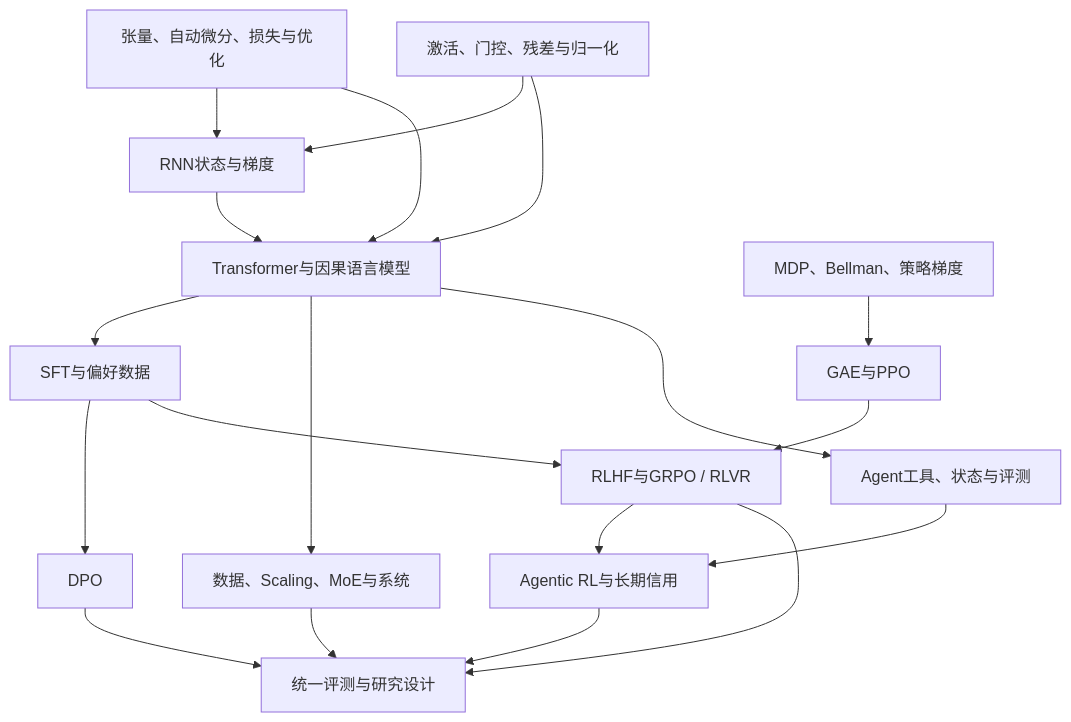
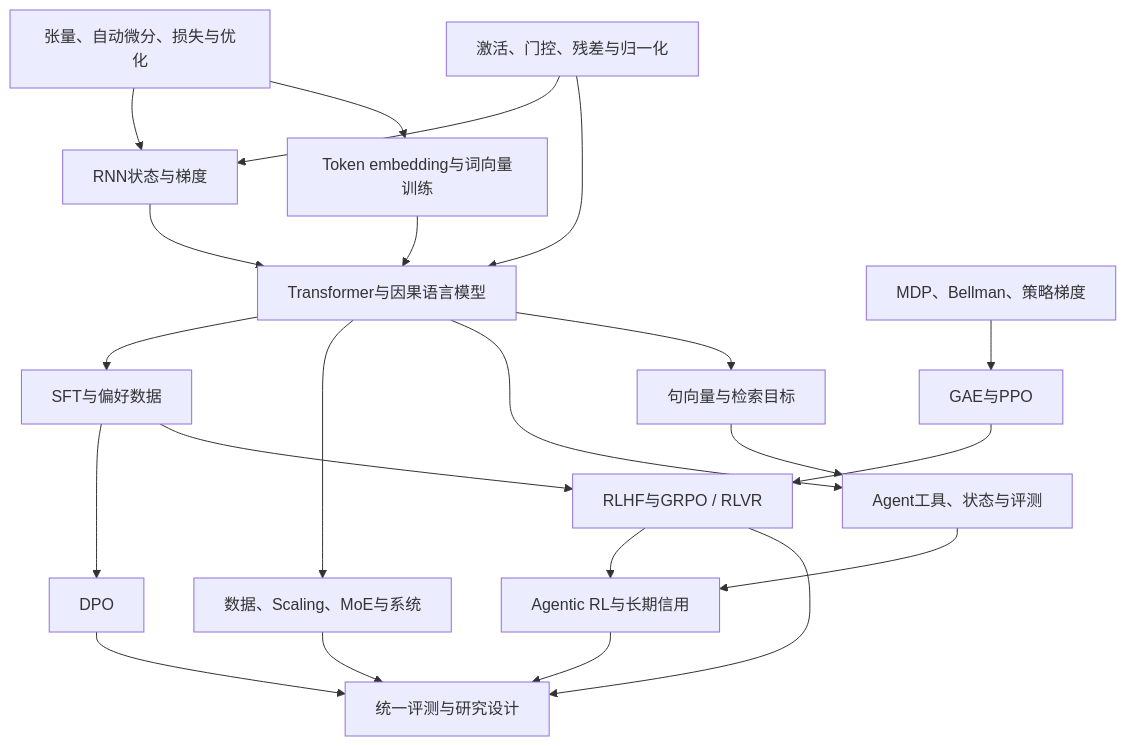
One commit to JacobDaiHit/Maedaily changed the diagram in references/学习路线与发展脉络.md. Above: the diagram before and after it, drawn with Mermaid. The commit also changed other lines of this file and 107 other files, not shown here.

````diff
--- a/references/学习路线与发展脉络.md
+++ b/references/学习路线与发展脉络.md
@@ -9,21 +9,24 @@
 ```mermaid
 flowchart TD
     A[张量、自动微分、损失与优化] --> C[RNN状态与梯度]
     B[激活、门控、残差与归一化] --> C
-    A --> D[Transformer与因果语言模型]
+    A --> N[Token embedding与词向量训练]
+    N --> D[Transformer与因果语言模型]
     C --> D
     B --> D
     D --> E[SFT与偏好数据]
     E --> F[DPO]
     G[MDP、Bellman、策略梯度] --> H[GAE与PPO]
     H --> I[RLHF与GRPO / RLVR]
     E --> I
     D --> J[数据、Scaling、MoE与系统]
     D --> K[Agent工具、状态与评测]
+    D --> P[句向量与检索目标]
+    P --> K
     K --> L[Agentic RL与长期信用]
     I --> L
     F --> M[统一评测与研究设计]
     I --> M
     J --> M
     L --> M
 ```
````
